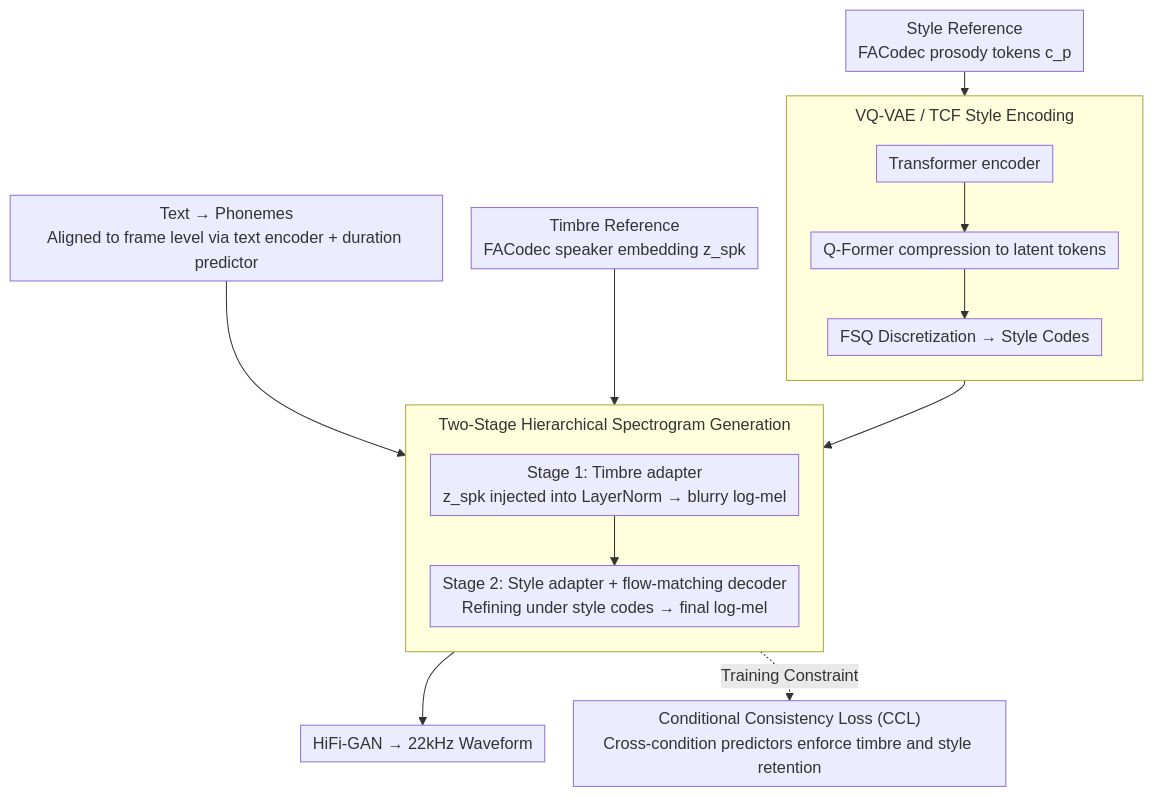
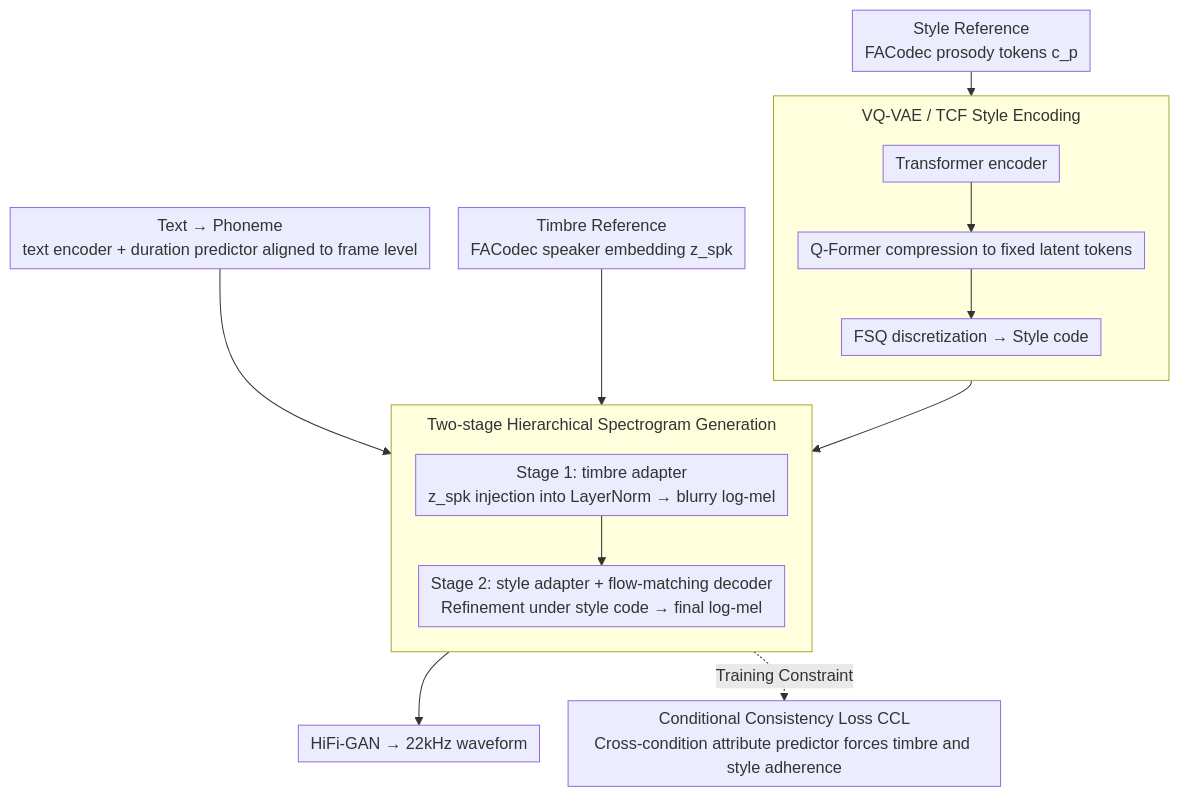
The diagram in docs/ACL2026/audio_speech/fc-tts_style_and_timbre_control_in_zero-shot_text-to-speech_with_disentangled_sp.md (zhaoyang97/Paper-Notes-en), drawn with Mermaid before and after one commit. The commit also changed other lines of this file and 5084 other files, not shown here.

````diff
--- a/docs/ACL2026/audio_speech/fc-tts_style_and_timbre_control_in_zero-shot_text-to-speech_with_disentangled_sp.md
+++ b/docs/ACL2026/audio_speech/fc-tts_style_and_timbre_control_in_zero-shot_text-to-speech_with_disentangled_sp.md
@@ -46,27 +46,27 @@
 ```mermaid
 %%{init: {'flowchart': {'rankSpacing': 24, 'nodeSpacing': 28, 'padding': 6, 'wrappingWidth': 400, 'subGraphTitleMargin': {'top': 8, 'bottom': 16}}}}%%
 flowchart TD
-    TXT["Text → Phonemes<br/>Aligned to frame level via text encoder + duration predictor"]
+    TXT["Text → Phoneme<br/>text encoder + duration predictor aligned to frame level"]
     SPK["Timbre Reference<br/>FACodec speaker embedding z_spk"]
     PRO["Style Reference<br/>FACodec prosody tokens c_p"]
 
     subgraph TCF["VQ-VAE / TCF Style Encoding"]
         direction TB
-        E1["Transformer encoder"] --> E2["Q-Former compression to latent tokens"]
-        E2 --> E3["FSQ Discretization → Style Codes"]
+        E1["Transformer encoder"] --> E2["Q-Former compression to fixed latent tokens"]
+        E2 --> E3["FSQ discretization → Style code"]
     end
     PRO --> E1
 
-    subgraph GEN["Two-Stage Hierarchical Spectrogram Generation"]
+    subgraph GEN["Two-stage Hierarchical Spectrogram Generation"]
         direction TB
-        S1["Stage 1: Timbre adapter<br/>z_spk injected into LayerNorm → blurry log-mel"]
-        S2["Stage 2: Style adapter + flow-matching decoder<br/>Refining under style codes → final log-mel"]
+        S1["Stage 1: timbre adapter<br/>z_spk injection into LayerNorm → blurry log-mel"]
+        S2["Stage 2: style adapter + flow-matching decoder<br/>Refinement under style code → final log-mel"]
         S1 --> S2
     end
     TXT --> S1
     SPK --> S1
     E3 --> S2
 
-    S2 --> HG["HiFi-GAN → 22kHz Waveform"]
-    S2 -.->|Training Constraint| CCL["Conditional Consistency Loss (CCL)<br/>Cross-condition predictors enforce timbre and style retention"]
+    S2 --> HG["HiFi-GAN → 22kHz waveform"]
+    S2 -.->|Training Constraint| CCL["Conditional Consistency Loss CCL<br/>Cross-condition attribute predictor forces timbre and style adherence"]
 ```
````
